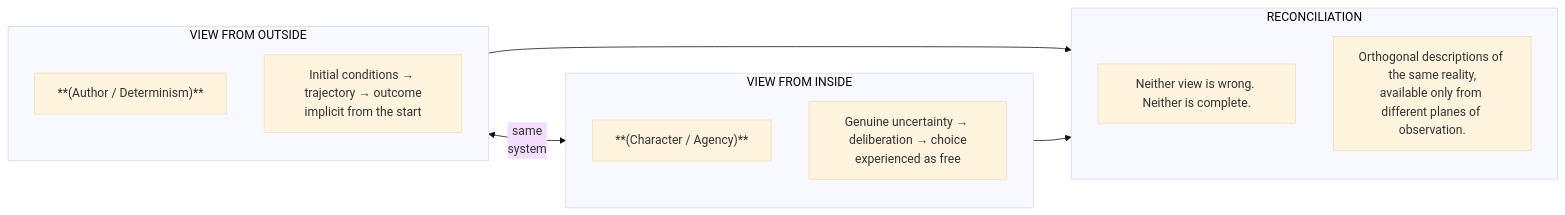
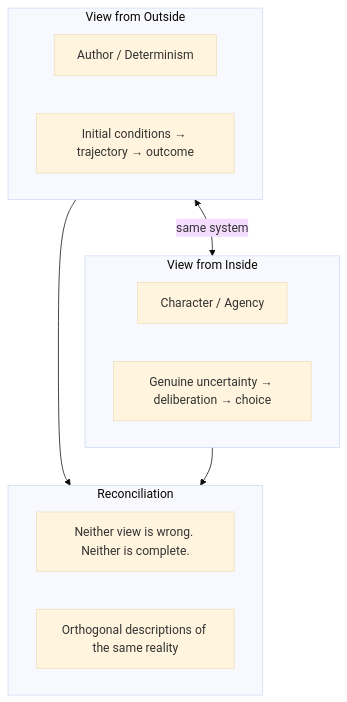
The third of 3 diagrams in papers/four-loop-convergence/four-loop-convergence.md (jamesrosing/jamesrosing), drawn with Mermaid (base theme) before and after one commit. The commit also changed other lines of this file and 1 other file, not shown here.

Commit message:
Clean up Mermaid diagrams: remove colors, fix line breaks, simplify structure

````diff
--- a/papers/four-loop-convergence/four-loop-convergence.md
+++ b/papers/four-loop-convergence/four-loop-convergence.md
@@ -231,24 +218,22 @@
 ```mermaid
-flowchart LR
-    subgraph outside ["VIEW FROM OUTSIDE"]
-        direction TB
-        A1["**(Author / Determinism)**"]
-        A2["Initial conditions → trajectory → outcome\nimplicit from the start"]
+flowchart TD
+    subgraph outside [View from Outside]
+        A1[Author / Determinism]
+        A2[Initial conditions → trajectory → outcome]
     end
 
-    subgraph inside ["VIEW FROM INSIDE"]
-        direction TB
-        B1["**(Character / Agency)**"]
-        B2["Genuine uncertainty → deliberation → choice\nexperienced as free"]
+    subgraph inside [View from Inside]
+        B1[Character / Agency]
+        B2[Genuine uncertainty → deliberation → choice]
     end
 
-    outside <-- "same\nsystem" --> inside
+    outside <-- same system --> inside
 
-    subgraph reconciliation ["RECONCILIATION"]
-        R1["Neither view is wrong. Neither is complete."]
-        R2["Orthogonal descriptions of the same reality,\navailable only from different planes of observation."]
+    subgraph reconciliation [Reconciliation]
+        R1[Neither view is wrong. Neither is complete.]
+        R2[Orthogonal descriptions of the same reality]
     end
 
     outside --> reconciliation
     inside --> reconciliation
 ```
````
